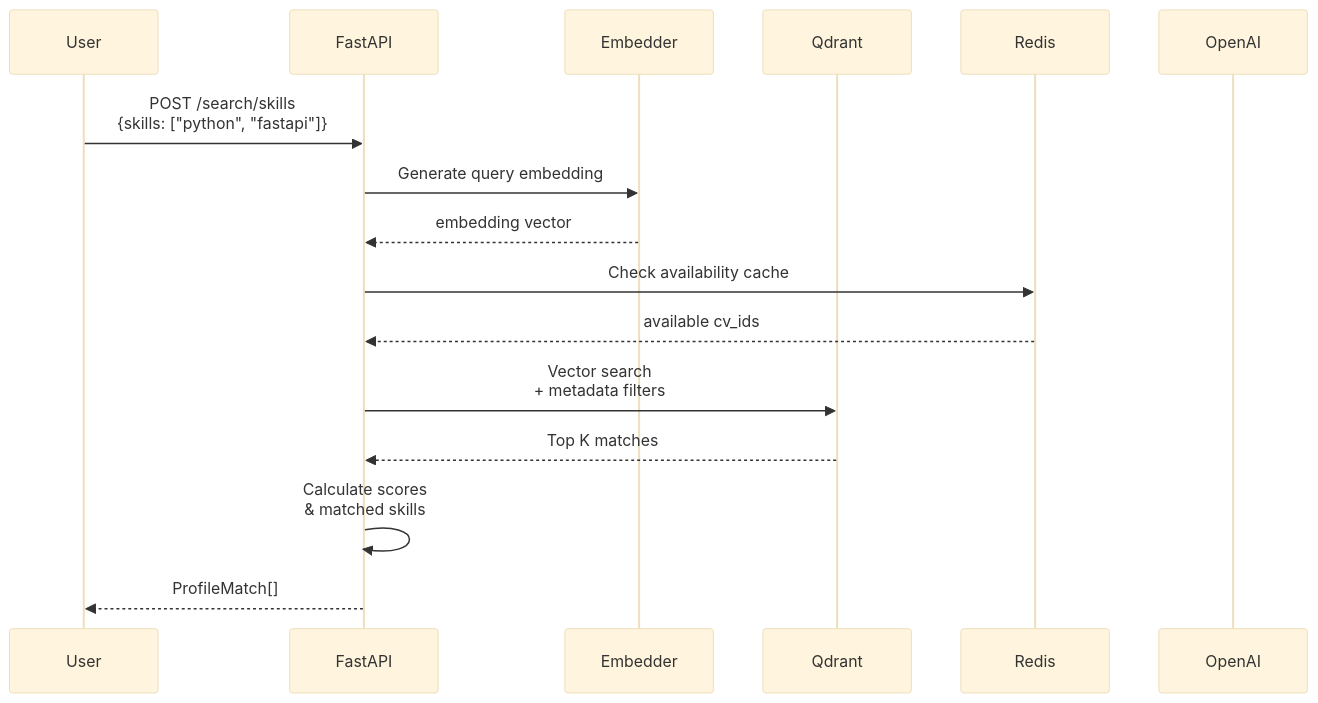
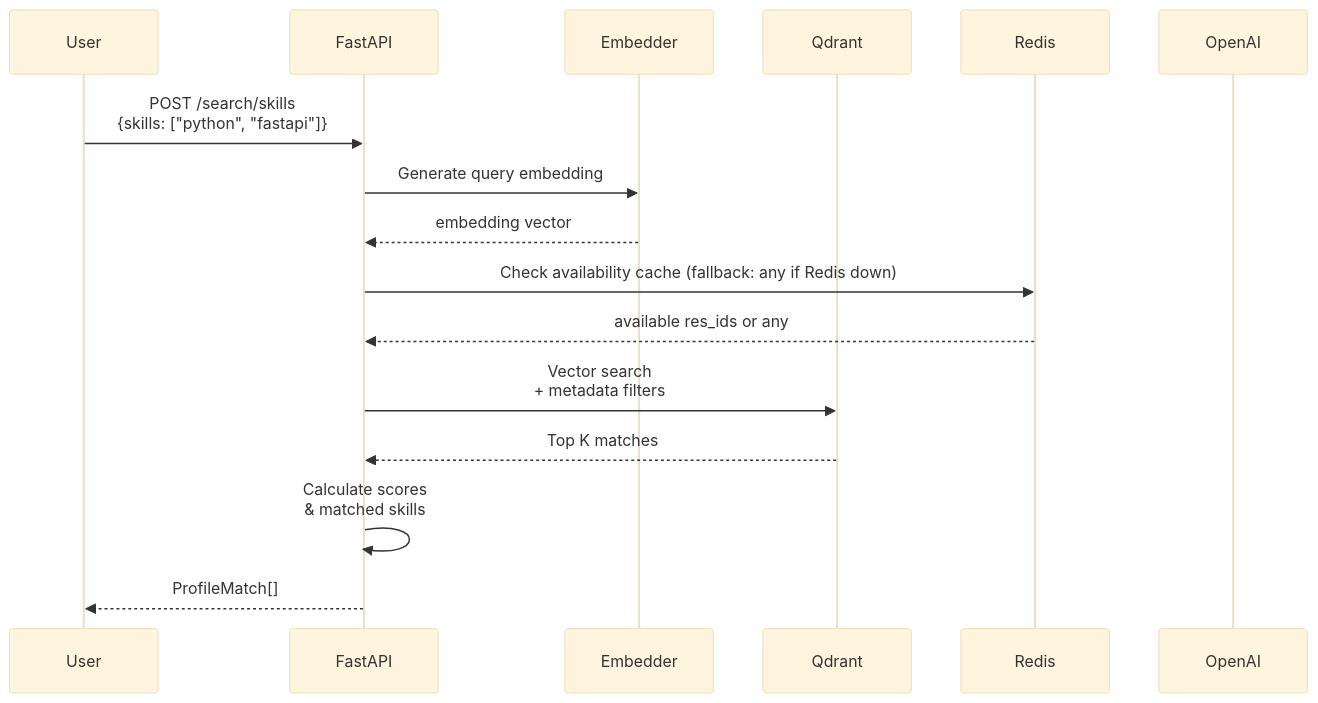
Before and after one commit to giamma80/profilebot: the second of 5 diagrams in README.md, drawn with Mermaid (base theme). The commit also changed other lines of this file and 30 other files, not shown here.

Commit message:
feat(availability): add refresh flow, api endpoints, and tests

````diff
--- a/README.md
+++ b/README.md
@@ -83,22 +87,22 @@
 ```mermaid
 sequenceDiagram
     participant U as User
     participant API as FastAPI
     participant E as Embedder
     participant Q as Qdrant
     participant R as Redis
     participant LLM as OpenAI
 
     U->>API: POST /search/skills<br/>{skills: ["python", "fastapi"]}
     API->>E: Generate query embedding
     E-->>API: embedding vector
 
-    API->>R: Check availability cache
-    R-->>API: available cv_ids
+    API->>R: Check availability cache (fallback: any if Redis down)
+    R-->>API: available res_ids or any
 
     API->>Q: Vector search<br/>+ metadata filters
     Q-->>API: Top K matches
 
     API->>API: Calculate scores<br/>& matched skills
     API-->>U: ProfileMatch[]
 ```
````
